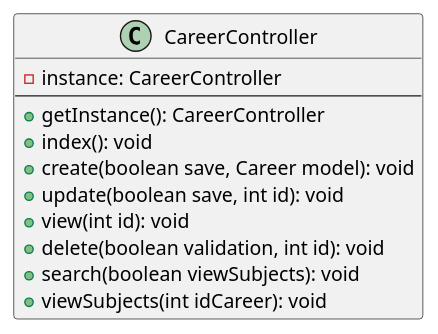
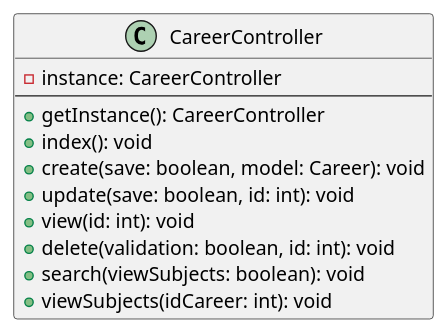
One commit to GiulianoPoeta99/tpi-gestor-academico changed the diagram in src/uml/career/CareerController.puml. Above: the diagram before and after it, drawn with PlantUML. The commit also changed 10 other files, not shown here.

Commit message:
se corrigio nomenclatura de uml

```diff
--- a/src/uml/career/CareerController.puml
+++ b/src/uml/career/CareerController.puml
@@ -1,16 +1,16 @@
 @startuml
 
 class CareerController {
     - instance: CareerController
     ---
     + getInstance(): CareerController
     + index(): void
-    + create(boolean save, Career model): void
-    + update(boolean save, int id): void
-    + view(int id): void
-    + delete(boolean validation, int id): void
-    + search(boolean viewSubjects): void
-    + viewSubjects(int idCareer): void
+    + create(save: boolean, model: Career): void
+    + update(save: boolean, id: int): void
+    + view(id: int): void
+    + delete(validation: boolean, id: int): void
+    + search(viewSubjects: boolean): void
+    + viewSubjects(idCareer: int): void
 }
 
 @enduml
```
